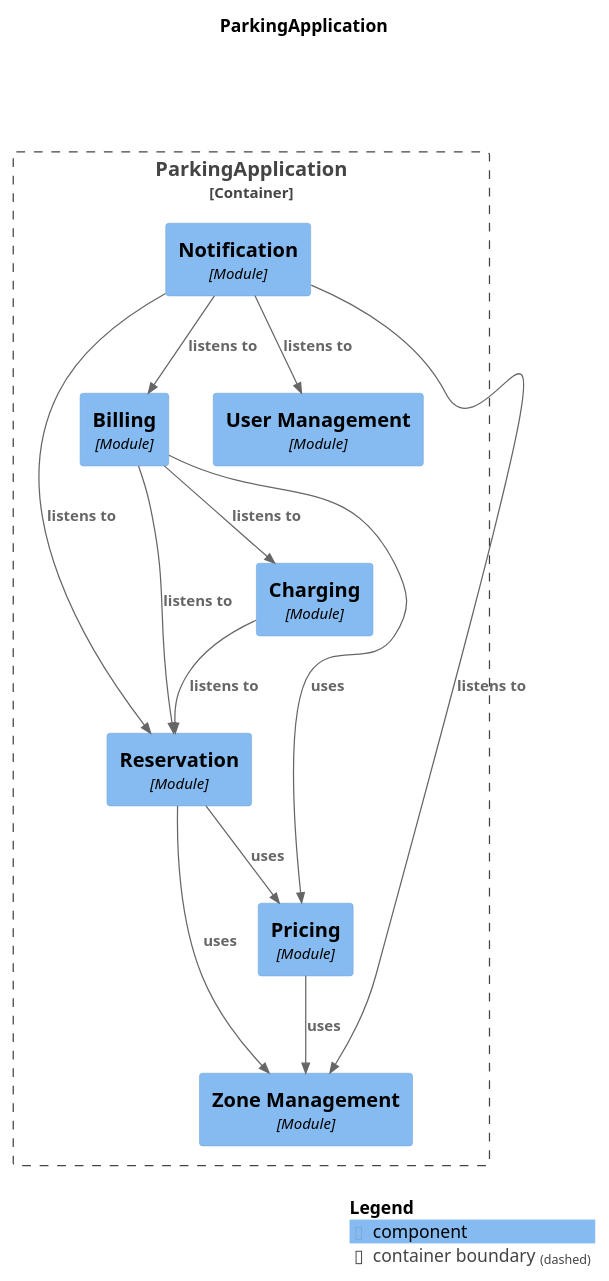
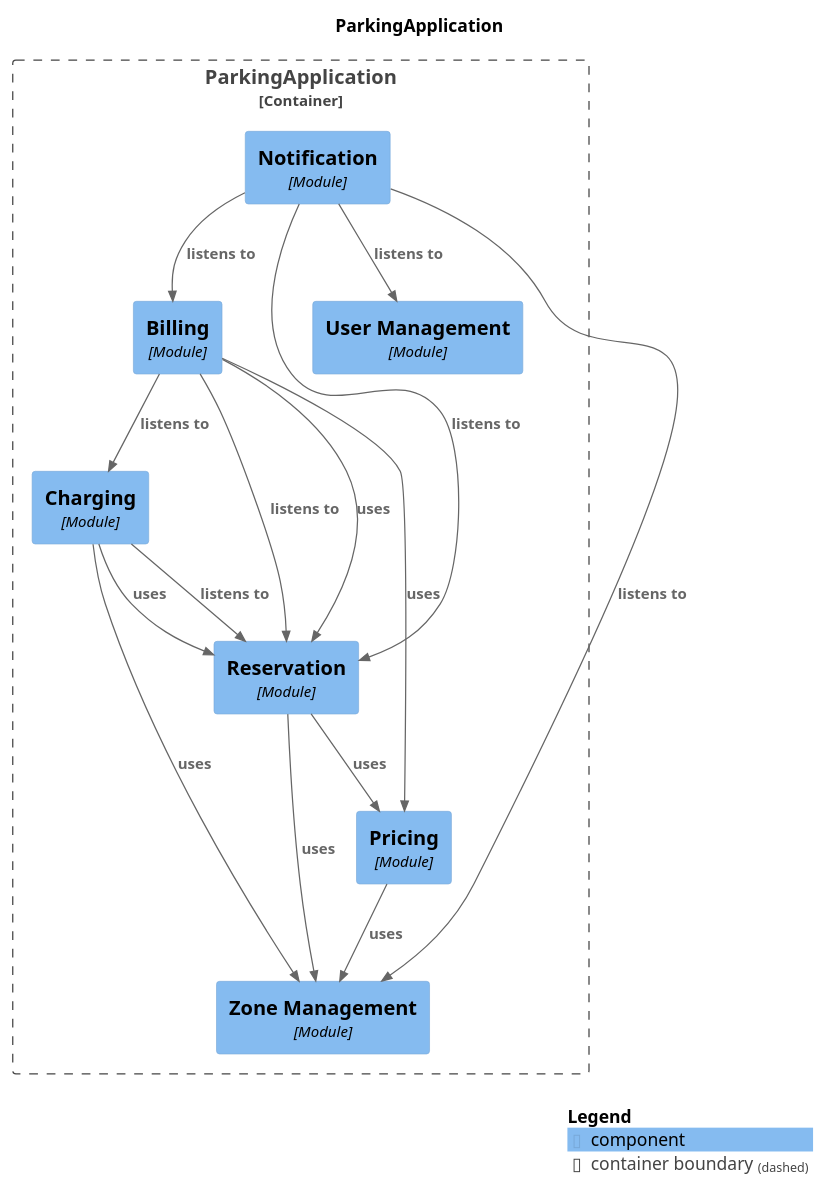
The diagram in target/spring-modulith-docs/components.puml (VladTZY/Erasmus-CarParking), drawn with PlantUML before and after one commit. The commit also changed 80 other files, not shown here.

```diff
--- a/target/spring-modulith-docs/components.puml
+++ b/target/spring-modulith-docs/components.puml
@@ -1,34 +1,37 @@
 @startuml
 set separator none
 title ParkingApplication
 
 top to bottom direction
 
 !include <C4/C4>
 !include <C4/C4_Context>
 !include <C4/C4_Component>
 
 Container_Boundary("ParkingApplication.ParkingApplication_boundary", "ParkingApplication", $tags="") {
   Component(ParkingApplication.ParkingApplication.Billing, "Billing", $techn="Module", $descr="", $tags="", $link="")
   Component(ParkingApplication.ParkingApplication.Charging, "Charging", $techn="Module", $descr="", $tags="", $link="")
   Component(ParkingApplication.ParkingApplication.Notification, "Notification", $techn="Module", $descr="", $tags="", $link="")
   Component(ParkingApplication.ParkingApplication.Pricing, "Pricing", $techn="Module", $descr="", $tags="", $link="")
   Component(ParkingApplication.ParkingApplication.Reservation, "Reservation", $techn="Module", $descr="", $tags="", $link="")
   Component(ParkingApplication.ParkingApplication.UserManagement, "User Management", $techn="Module", $descr="", $tags="", $link="")
   Component(ParkingApplication.ParkingApplication.ZoneManagement, "Zone Management", $techn="Module", $descr="", $tags="", $link="")
 }
 
-Rel(ParkingApplication.ParkingApplication.Charging, ParkingApplication.ParkingApplication.Reservation, "listens to", $techn="", $tags="", $link="")
 Rel(ParkingApplication.ParkingApplication.Reservation, ParkingApplication.ParkingApplication.ZoneManagement, "uses", $techn="", $tags="", $link="")
 Rel(ParkingApplication.ParkingApplication.Reservation, ParkingApplication.ParkingApplication.Pricing, "uses", $techn="", $tags="", $link="")
+Rel(ParkingApplication.ParkingApplication.Pricing, ParkingApplication.ParkingApplication.ZoneManagement, "uses", $techn="", $tags="", $link="")
+Rel(ParkingApplication.ParkingApplication.Charging, ParkingApplication.ParkingApplication.Reservation, "listens to", $techn="", $tags="", $link="")
+Rel(ParkingApplication.ParkingApplication.Charging, ParkingApplication.ParkingApplication.Reservation, "uses", $techn="", $tags="", $link="")
+Rel(ParkingApplication.ParkingApplication.Charging, ParkingApplication.ParkingApplication.ZoneManagement, "uses", $techn="", $tags="", $link="")
+Rel(ParkingApplication.ParkingApplication.Billing, ParkingApplication.ParkingApplication.Reservation, "listens to", $techn="", $tags="", $link="")
 Rel(ParkingApplication.ParkingApplication.Billing, ParkingApplication.ParkingApplication.Charging, "listens to", $techn="", $tags="", $link="")
-Rel(ParkingApplication.ParkingApplication.Billing, ParkingApplication.ParkingApplication.Reservation, "listens to", $techn="", $tags="", $link="")
+Rel(ParkingApplication.ParkingApplication.Billing, ParkingApplication.ParkingApplication.Reservation, "uses", $techn="", $tags="", $link="")
 Rel(ParkingApplication.ParkingApplication.Billing, ParkingApplication.ParkingApplication.Pricing, "uses", $techn="", $tags="", $link="")
+Rel(ParkingApplication.ParkingApplication.Notification, ParkingApplication.ParkingApplication.Billing, "listens to", $techn="", $tags="", $link="")
+Rel(ParkingApplication.ParkingApplication.Notification, ParkingApplication.ParkingApplication.UserManagement, "listens to", $techn="", $tags="", $link="")
 Rel(ParkingApplication.ParkingApplication.Notification, ParkingApplication.ParkingApplication.Reservation, "listens to", $techn="", $tags="", $link="")
 Rel(ParkingApplication.ParkingApplication.Notification, ParkingApplication.ParkingApplication.ZoneManagement, "listens to", $techn="", $tags="", $link="")
-Rel(ParkingApplication.ParkingApplication.Notification, ParkingApplication.ParkingApplication.UserManagement, "listens to", $techn="", $tags="", $link="")
-Rel(ParkingApplication.ParkingApplication.Notification, ParkingApplication.ParkingApplication.Billing, "listens to", $techn="", $tags="", $link="")
-Rel(ParkingApplication.ParkingApplication.Pricing, ParkingApplication.ParkingApplication.ZoneManagement, "uses", $techn="", $tags="", $link="")
 
 SHOW_LEGEND(true)
 @enduml
```
